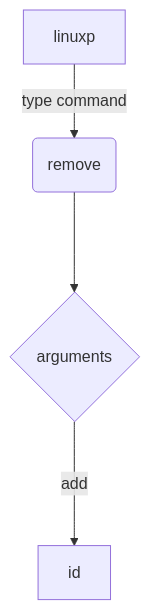
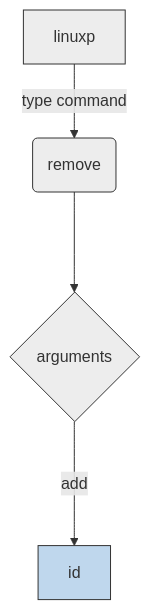
One commit to linux-profile/linux-profile changed the diagram in docs/nav/commands/remove/index.md. Above: the diagram before and after it, drawn with Mermaid. The commit also changed 6 other files, not shown here.

````diff
--- a/docs/nav/commands/remove/index.md
+++ b/docs/nav/commands/remove/index.md
@@ -27,6 +27,12 @@
 ``` mermaid
 graph TD
     L[linuxp] -->|type command| r(remove)
     r ---> option_r{arguments}
     option_r --->|add| arg_r_id[id]
+
+    style arg_r_id fill:#BFD7ED,stroke:#333
+  
+    style L fill:#ededed,stroke:#333
+    style r fill:#ededed,stroke:#333
+    style option_r fill:#ededed,stroke:#333
 ```
````
